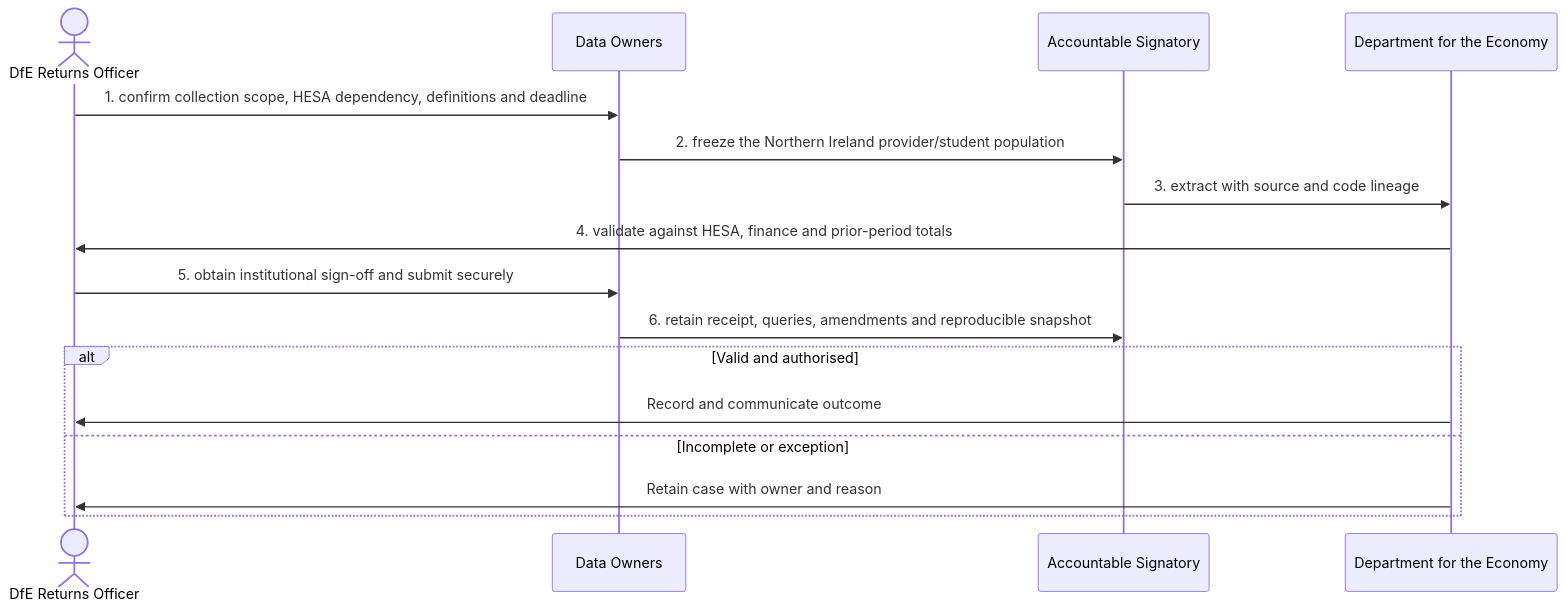
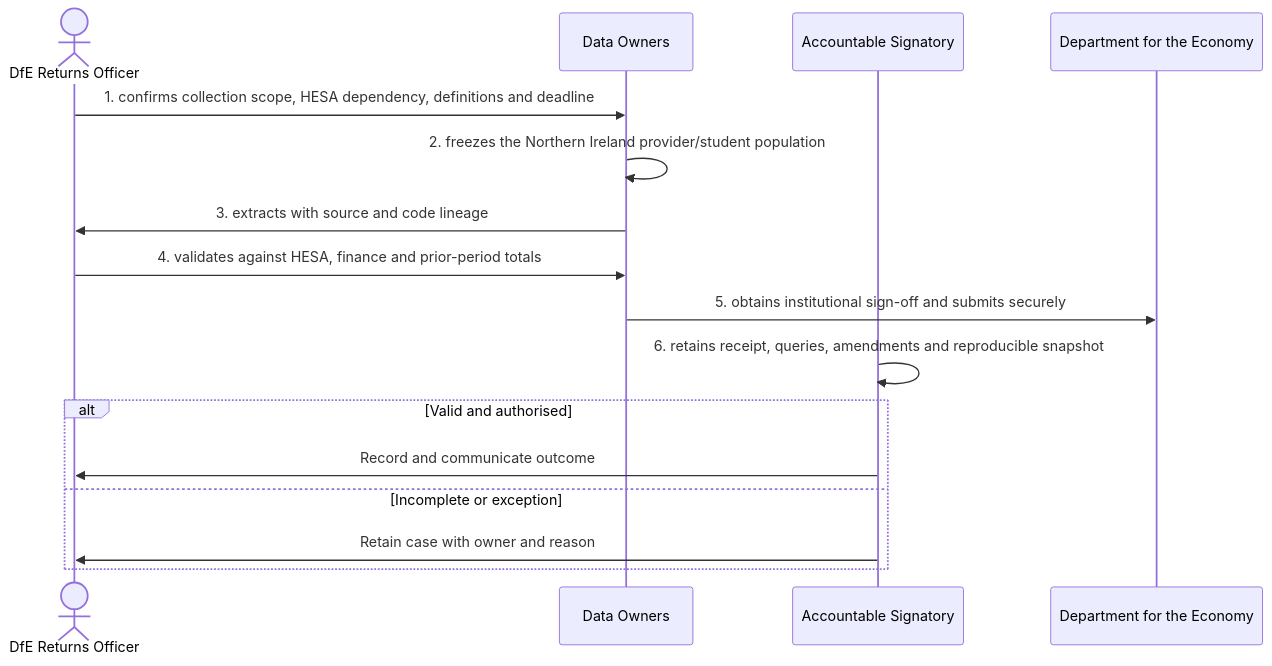
The diagram in docs/business-processes/07-regulatory-and-statutory-reporting/bp-07-007-produce-department-for-the-economy-returns.md (RevelationCore/Revelation-SRS), drawn with Mermaid before and after one commit. The commit also changed other lines of this file and 96 other files, not shown here.

````diff
--- a/docs/business-processes/07-regulatory-and-statutory-reporting/bp-07-007-produce-department-for-the-economy-returns.md
+++ b/docs/business-processes/07-regulatory-and-statutory-reporting/bp-07-007-produce-department-for-the-economy-returns.md
@@ -158,18 +158,18 @@
 ```mermaid
 sequenceDiagram
     actor A1 as DfE Returns Officer
     participant A2 as Data Owners
     participant A3 as Accountable Signatory
     participant A4 as Department for the Economy
-    A1->>A2: 1. confirm collection scope, HESA dependency, definitions and deadline
-    A2->>A3: 2. freeze the Northern Ireland provider/student population
-    A3->>A4: 3. extract with source and code lineage
-    A4->>A1: 4. validate against HESA, finance and prior-period totals
-    A1->>A2: 5. obtain institutional sign-off and submit securely
-    A2->>A3: 6. retain receipt, queries, amendments and reproducible snapshot
+    A1->>A2: 1. confirms collection scope, HESA dependency, definitions and deadline
+    A2->>A2: 2. freezes the Northern Ireland provider/student population
+    A2->>A1: 3. extracts with source and code lineage
+    A1->>A2: 4. validates against HESA, finance and prior-period totals
+    A2->>A4: 5. obtains institutional sign-off and submits securely
+    A3->>A3: 6. retains receipt, queries, amendments and reproducible snapshot
     alt Valid and authorised
-        A4->>A1: Record and communicate outcome
+        A3->>A1: Record and communicate outcome
     else Incomplete or exception
-        A4->>A1: Retain case with owner and reason
+        A3->>A1: Retain case with owner and reason
     end
 ```
````
